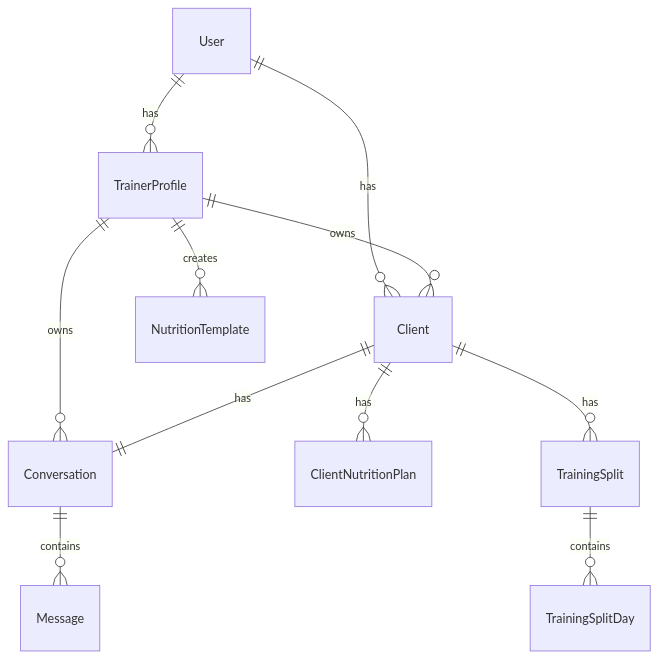
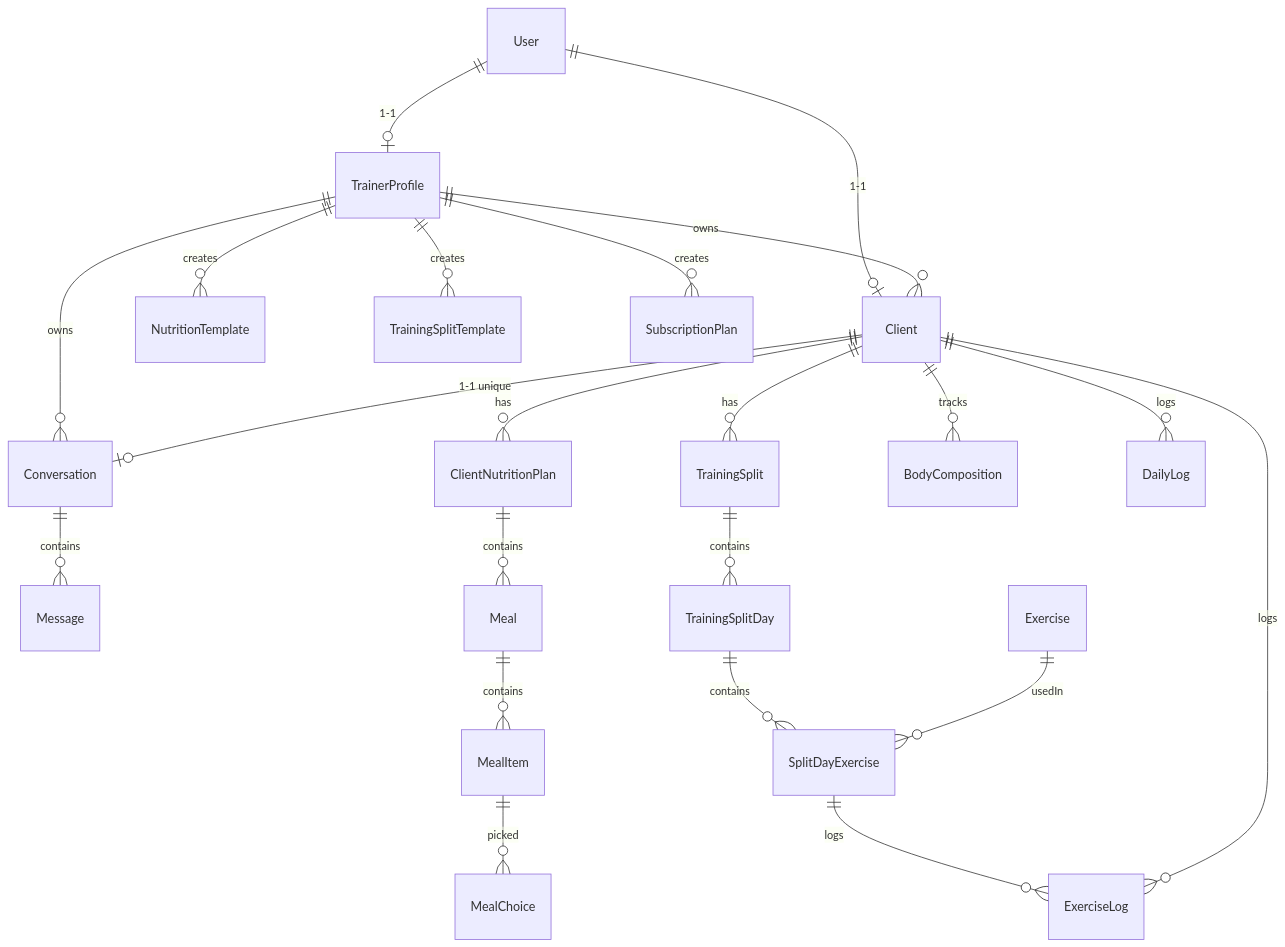
The second of 4 diagrams in TECHNICAL.md (adelahmeddev/CoachFlow), drawn with Mermaid before and after one commit. The commit also changed other lines of this file and 55 other files, not shown here.

````diff
--- a/TECHNICAL.md
+++ b/TECHNICAL.md
@@ -284,13 +408,24 @@
 ```mermaid
 erDiagram
-  User ||--o{ TrainerProfile : has
-  User ||--o{ Client : has
+  User ||--o| TrainerProfile : "1-1"
+  User ||--o| Client : "1-1"
   TrainerProfile ||--o{ Client : owns
+  TrainerProfile ||--o{ NutritionTemplate : creates
+  TrainerProfile ||--o{ TrainingSplitTemplate : creates
+  TrainerProfile ||--o{ SubscriptionPlan : creates
   TrainerProfile ||--o{ Conversation : owns
-  Client ||--|| Conversation : has
+  Client ||--o| Conversation : "1-1 unique"
   Conversation ||--o{ Message : contains
-  TrainerProfile ||--o{ NutritionTemplate : creates
   Client ||--o{ ClientNutritionPlan : has
+  ClientNutritionPlan ||--o{ Meal : contains
+  Meal ||--o{ MealItem : contains
+  MealItem ||--o{ MealChoice : picked
   Client ||--o{ TrainingSplit : has
   TrainingSplit ||--o{ TrainingSplitDay : contains
+  TrainingSplitDay ||--o{ SplitDayExercise : contains
+  SplitDayExercise ||--o{ ExerciseLog : logs
+  Client ||--o{ BodyComposition : tracks
+  Client ||--o{ DailyLog : logs
+  Client ||--o{ ExerciseLog : logs
+  Exercise ||--o{ SplitDayExercise : usedIn
 ```
````
